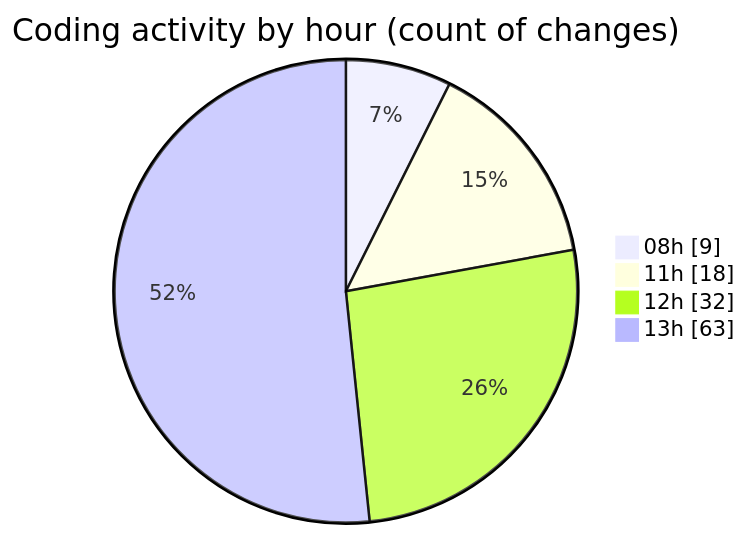
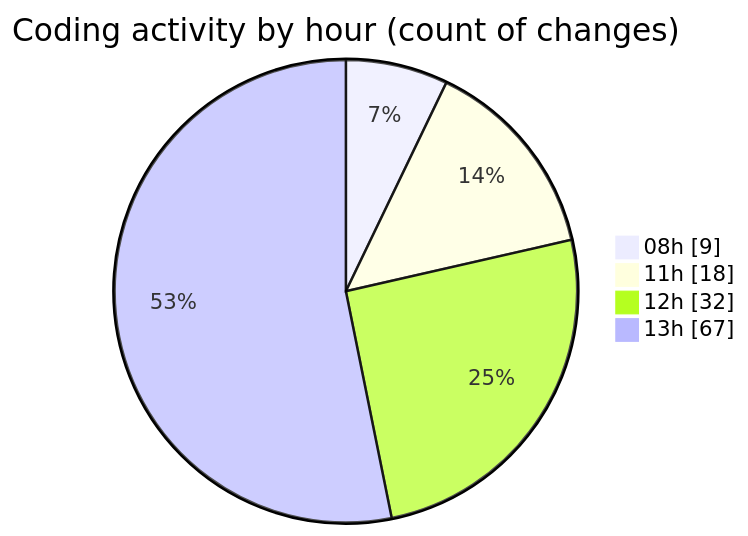
One commit to momahboobian/code-tracking changed the second of 2 diagrams in 2026-04-17/cda/README.md. Above: the diagram before and after it, drawn with Mermaid. The commit also changed other lines of this file and 1 other file, not shown here.

````diff
--- a/2026-04-17/cda/README.md
+++ b/2026-04-17/cda/README.md
@@ -60,8 +61,8 @@
 ```mermaid
 pie showData
 title Coding activity by hour (count of changes)
 "08h" : 9
 "11h" : 18
 "12h" : 32
-"13h" : 63
+"13h" : 67
 ```
````
